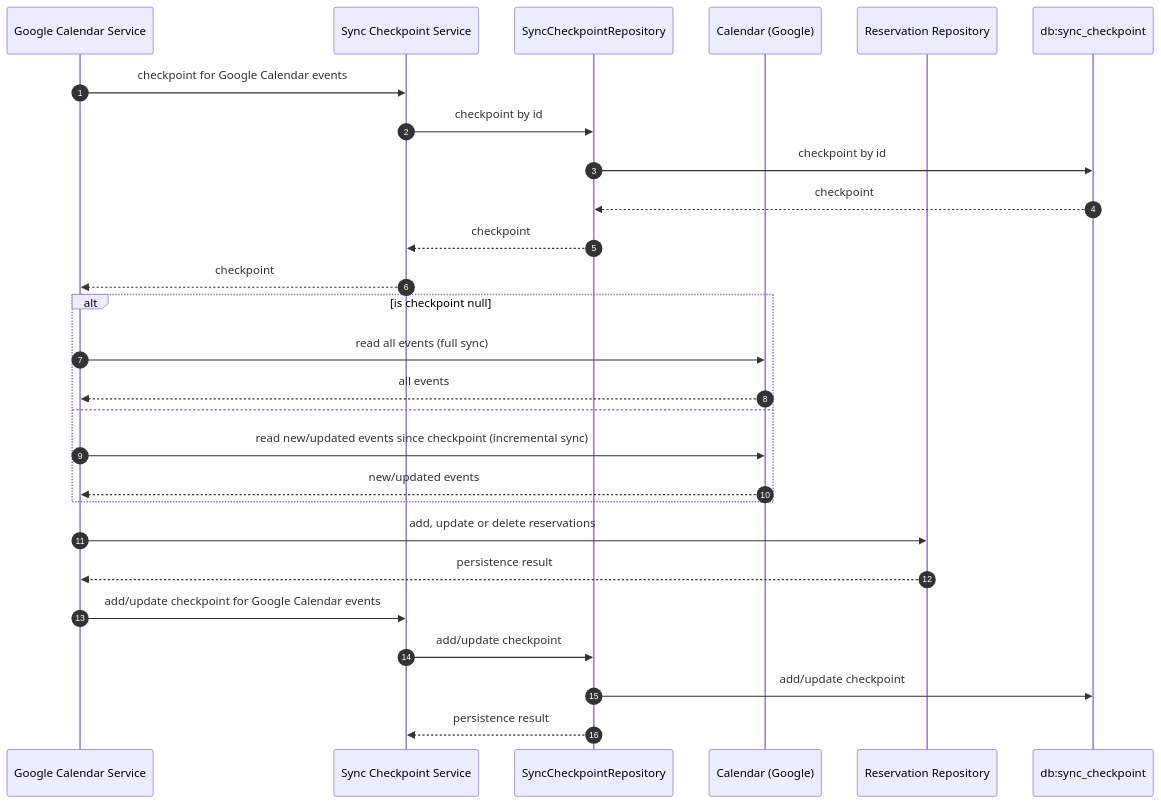
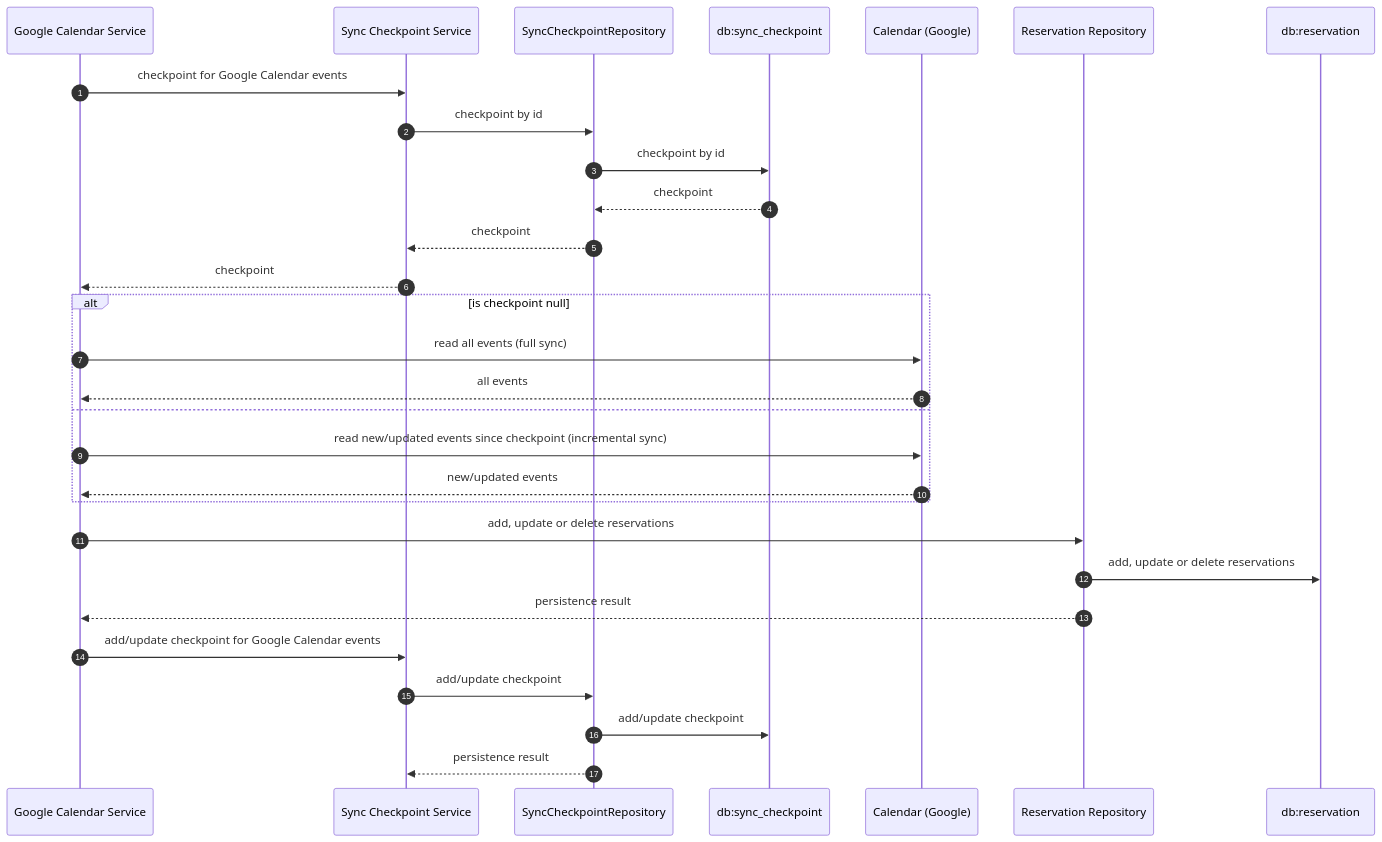
Before and after one commit to ismarslomic/cabin-visits-kotlin: the third of 3 diagrams in docs/solution_architecture.md, drawn with Mermaid.

Commit message:
docs(architecture): more details to Google Calendar Service

````diff
--- a/docs/solution_architecture.md
+++ b/docs/solution_architecture.md
@@ -59,32 +59,35 @@
 ```mermaid
 sequenceDiagram
     autonumber
     participant GoogleCalendarService as Google Calendar Service
     participant SyncCheckpointService as Sync Checkpoint Service
     participant SyncCheckpointRepository as SyncCheckpointRepository
+    participant sync_checkpoint as db:sync_checkpoint
     participant Calendar as Calendar (Google)
     participant ReservationRepository as Reservation Repository
-    participant sync_checkpoint as db:sync_checkpoint
-    
+    participant reservation as db:reservation
+   
     GoogleCalendarService->>SyncCheckpointService: checkpoint for Google Calendar events
     SyncCheckpointService->>SyncCheckpointRepository: checkpoint by id
     SyncCheckpointRepository->>sync_checkpoint: checkpoint by id
     sync_checkpoint-->>SyncCheckpointRepository: checkpoint
     SyncCheckpointRepository-->>SyncCheckpointService: checkpoint
     SyncCheckpointService-->>GoogleCalendarService: checkpoint
     
     alt is checkpoint null
         GoogleCalendarService->>Calendar: read all events (full sync)
         Calendar-->>GoogleCalendarService: all events
     else
         GoogleCalendarService->>Calendar: read new/updated events since checkpoint (incremental sync)
         Calendar-->>GoogleCalendarService: new/updated events
     end
     
     GoogleCalendarService->>ReservationRepository: add, update or delete reservations
+    ReservationRepository->>reservation: add, update or delete reservations
     ReservationRepository-->>GoogleCalendarService: persistence result
+    
     GoogleCalendarService->>SyncCheckpointService: add/update checkpoint for Google Calendar events
     SyncCheckpointService->>SyncCheckpointRepository: add/update checkpoint
     SyncCheckpointRepository->>sync_checkpoint: add/update checkpoint
     SyncCheckpointRepository-->>SyncCheckpointService: persistence result
 ```
````
